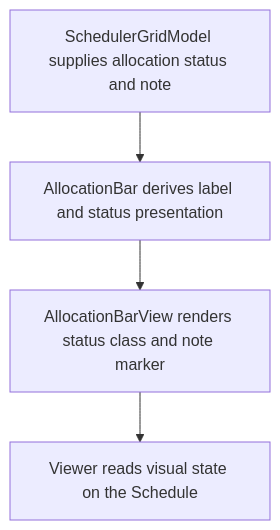
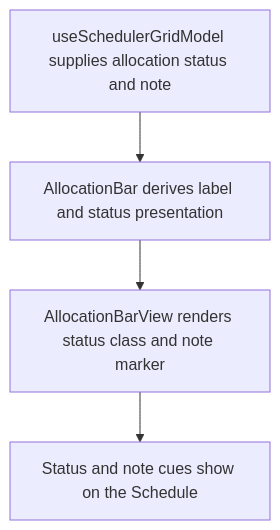
Before and after one commit to Kevinjohn/capacitylens: the second of 2 diagrams in user-stories/scheduler/US-SCH-19-status-and-note-distinct.md, drawn with Mermaid. The commit also changed 119 other files, not shown here.

First line of the commit message:
docs: correct story text and flow diagrams against current source

````diff
--- a/user-stories/scheduler/US-SCH-19-status-and-note-distinct.md
+++ b/user-stories/scheduler/US-SCH-19-status-and-note-distinct.md
@@ -33,6 +33,6 @@
 ```mermaid
 flowchart TD
-  A["SchedulerGridModel supplies allocation status and note"] --> B["AllocationBar derives label and status presentation"]
+  A["useSchedulerGridModel supplies allocation status and note"] --> B["AllocationBar derives label and status presentation"]
   B --> C["AllocationBarView renders status class and note marker"]
-  C --> D["Viewer reads visual state on the Schedule"]
+  C --> D["Status and note cues show on the Schedule"]
 ```
````
